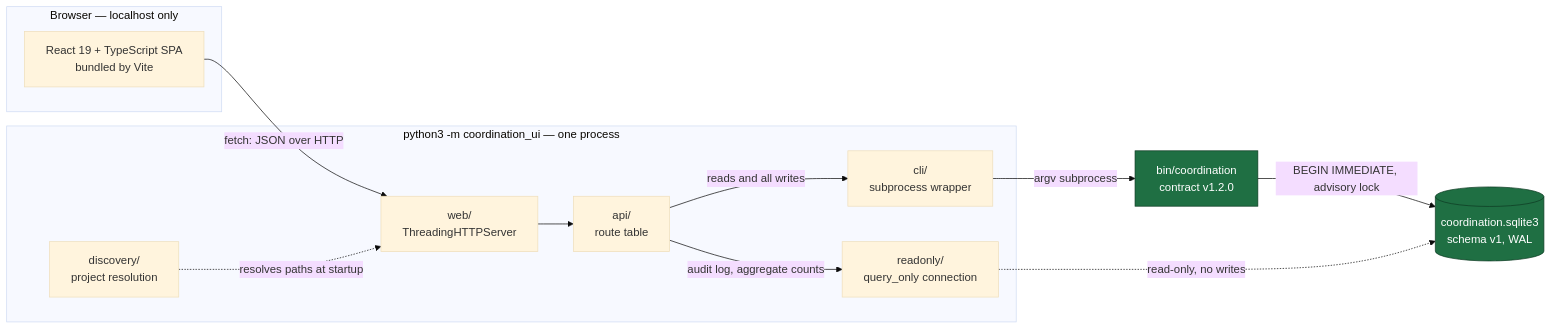
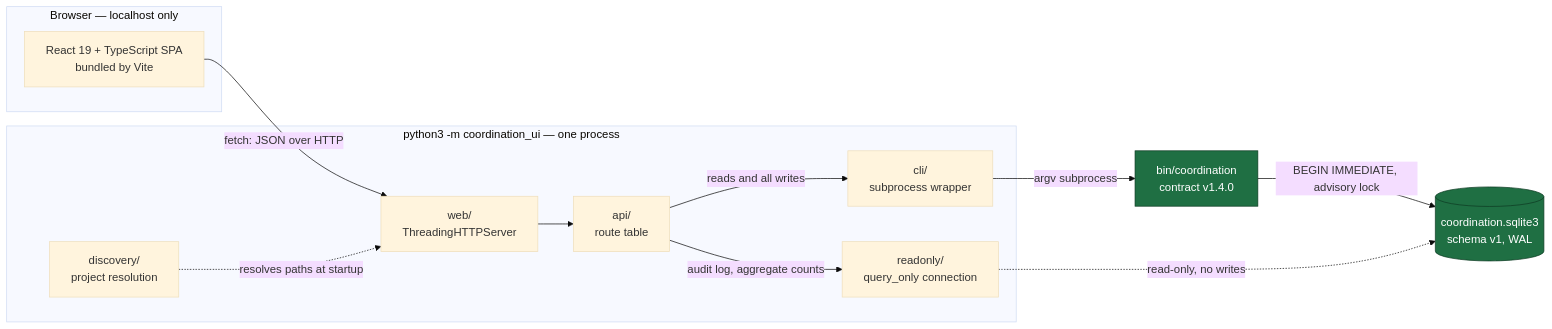
The first of 9 diagrams in docs/coordination-console-design.md (jnuez94/agentic-scaffold-project-task-tracker), drawn with Mermaid (base theme) before and after one commit. The commit also changed other lines of this file and 39 other files, not shown here.

````diff
--- a/docs/coordination-console-design.md
+++ b/docs/coordination-console-design.md
@@ -59,29 +59,29 @@
 ```mermaid
 flowchart LR
     subgraph browser["Browser — localhost only"]
         SPA["React 19 + TypeScript SPA<br/>bundled by Vite"]
     end
 
     subgraph python["python3 -m coordination_ui — one process"]
         HTTP["web/<br/>ThreadingHTTPServer"]
         API["api/<br/>route table"]
         BRIDGE["cli/<br/>subprocess wrapper"]
         RO["readonly/<br/>query_only connection"]
         DISC["discovery/<br/>project resolution"]
     end
 
-    CLI["bin/coordination<br/>contract v1.2.0"]
+    CLI["bin/coordination<br/>contract v1.4.0"]
     DB[("coordination.sqlite3<br/>schema v1, WAL")]
 
     SPA -->|"fetch: JSON over HTTP"| HTTP
     HTTP --> API
     API -->|"reads and all writes"| BRIDGE
     API -->|"audit log, aggregate counts"| RO
     BRIDGE -->|"argv subprocess"| CLI
     CLI -->|"BEGIN IMMEDIATE, advisory lock"| DB
     RO -.->|"read-only, no writes"| DB
     DISC -.->|"resolves paths at startup"| HTTP
 
     classDef authority fill:#1f6f43,stroke:#0d3b23,color:#fff
     class CLI,DB authority
 ```
````
